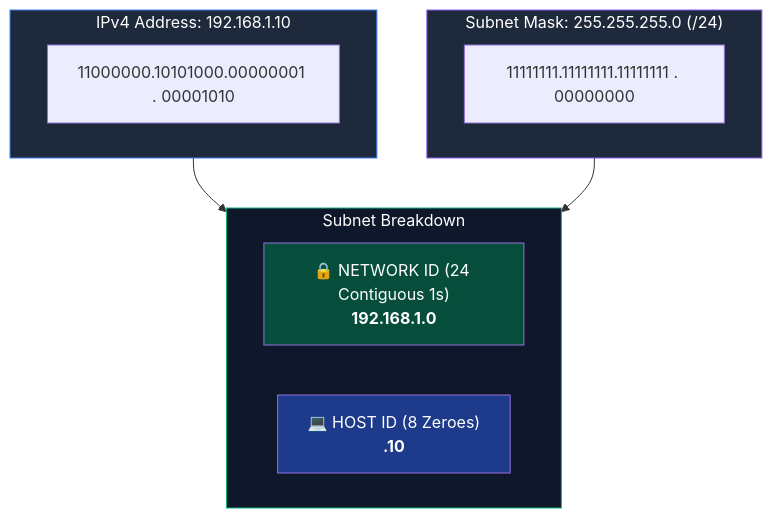
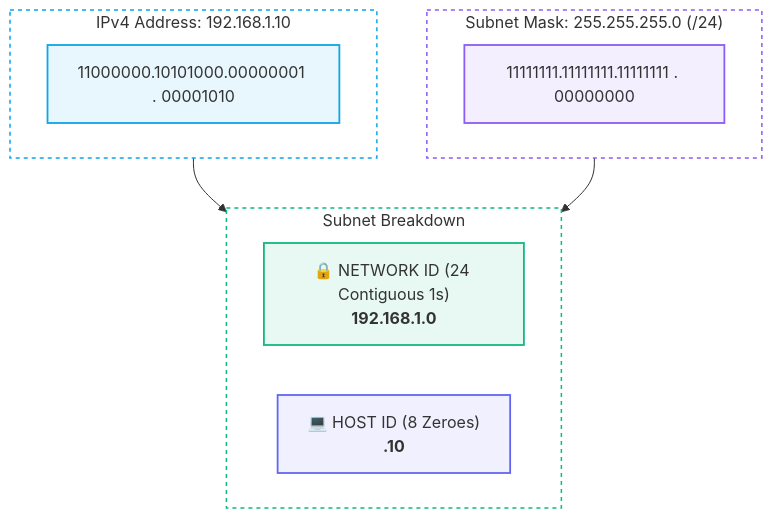
One commit to abhinavbharti2345/CS_Notes changed the first of 2 diagrams in Computer Networking/Subnet Masks and CIDR Notation.md. Above: the diagram before and after it, drawn with Mermaid. The commit also changed other lines of this file and 47 other files, not shown here.

Commit message:
docs: add computer science study notes and generate graphify visualization output

````diff
--- a/Computer Networking/Subnet Masks and CIDR Notation.md
+++ b/Computer Networking/Subnet Masks and CIDR Notation.md
@@ -26,23 +26,31 @@
 ```mermaid
-graph TD
+flowchart TD
     subgraph IPAddress["IPv4 Address: 192.168.1.10"]
         IP["11000000.10101000.00000001 . 00001010"]
     end
     
     subgraph SubnetMask["Subnet Mask: 255.255.255.0 (/24)"]
         Mask["11111111.11111111.11111111 . 00000000"]
     end
 
     subgraph Result["Subnet Breakdown"]
         Net["🔒 NETWORK ID (24 Contiguous 1s)<br><b>192.168.1.0</b>"]
         Host["💻 HOST ID (8 Zeroes)<br><b>.10</b>"]
     end
 
     IPAddress & SubnetMask --> Result
 
-    style IPAddress fill:#1e293b,stroke:#3b82f6,color:#fff
-    style SubnetMask fill:#1e293b,stroke:#8b5cf6,color:#fff
-    style Result fill:#0f172a,stroke:#10b981,color:#fff
-    style Net fill:#064e3b,color:#fff
-    style Host fill:#1e3a8a,color:#fff
+    style IPAddress fill:none,stroke:#0ea5e9,stroke-width:1.5px,stroke-dasharray:4 4
+    style SubnetMask fill:none,stroke:#8b5cf6,stroke-width:1.5px,stroke-dasharray:4 4
+    style Result fill:none,stroke:#10b981,stroke-width:1.5px,stroke-dasharray:4 4
+
+    classDef ip fill:#0ea5e918,stroke:#0ea5e9,stroke-width:1.8px;
+    classDef mask fill:#8b5cf618,stroke:#8b5cf6,stroke-width:1.8px;
+    classDef net fill:#10b98118,stroke:#10b981,stroke-width:1.8px;
+    classDef host fill:#6366f118,stroke:#6366f1,stroke-width:1.8px;
+
+    class IP ip;
+    class Mask mask;
+    class Net net;
+    class Host host;
 ```
````
